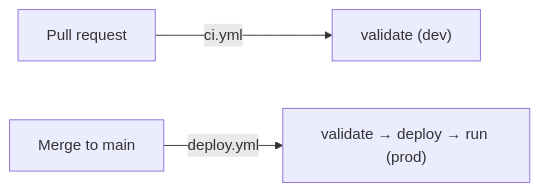
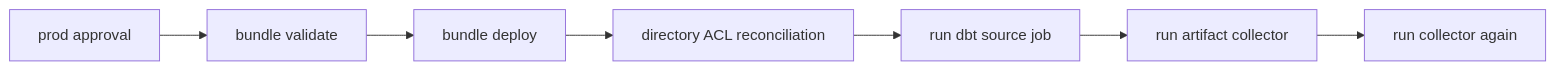
One commit to MiguelElGallo/bricks-cli changed the diagram in docs/how-to/deploy-to-production.md. Above: the diagram before and after it, drawn with Mermaid. The commit also changed other lines of this file and 67 other files, not shown here.

````diff
--- a/docs/how-to/deploy-to-production.md
+++ b/docs/how-to/deploy-to-production.md
@@ -42,5 +62,9 @@
 ```mermaid
 flowchart LR
-    pr["Pull request"] -->|ci.yml| v["validate (dev)"]
-    merge["Merge to main"] -->|deploy.yml| d["validate → deploy → run (prod)"]
+    approve["prod approval"] --> validate["bundle validate"]
+    validate --> deploy["bundle deploy"]
+    deploy --> acl["directory ACL reconciliation"]
+    acl --> source["run dbt source job"]
+    source --> collector1["run artifact collector"]
+    collector1 --> collector2["run collector again"]
 ```
````
